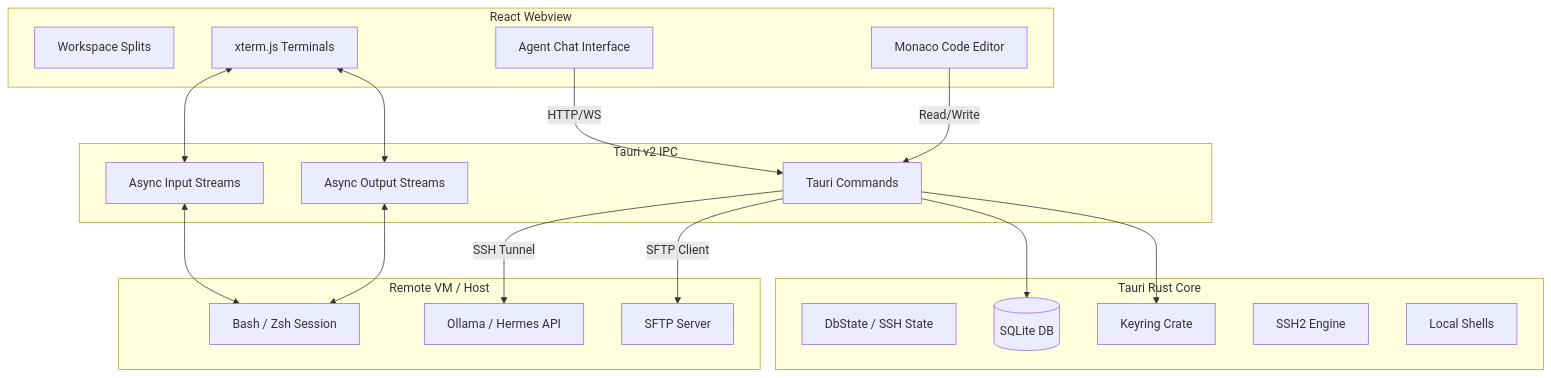
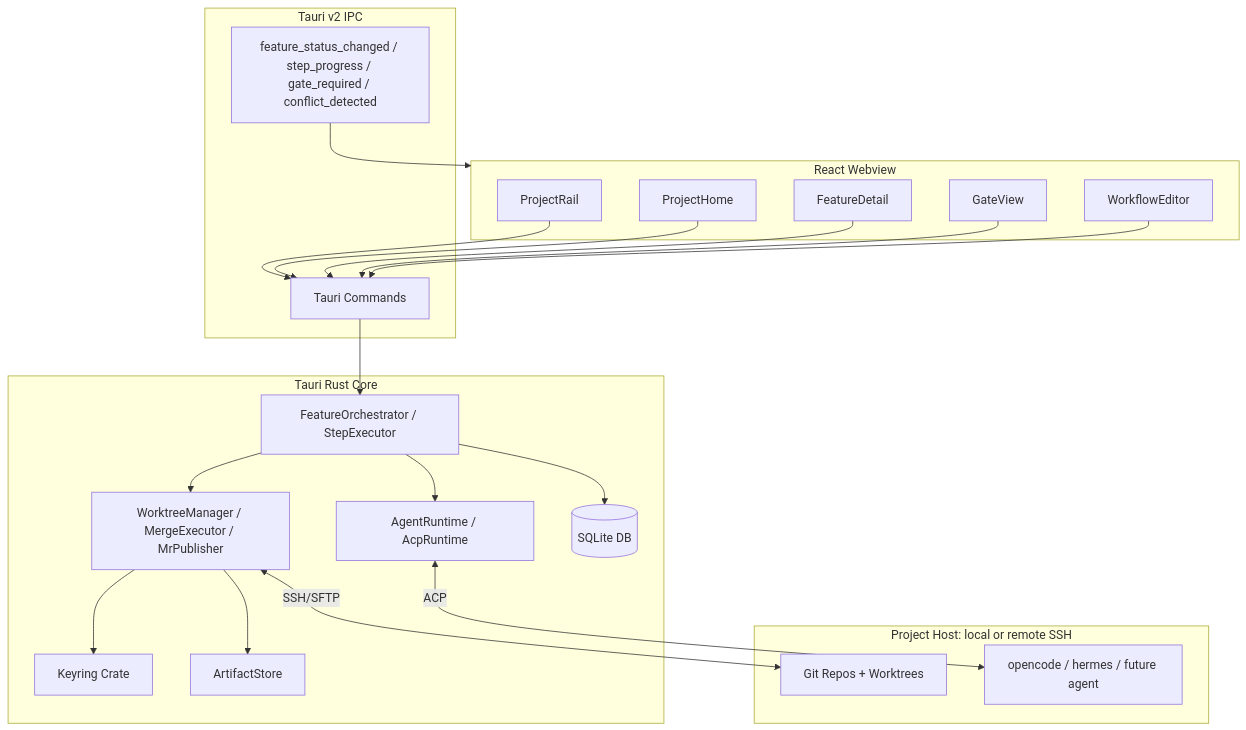
One commit to stevenyepes/demeteo changed the diagram in AGENTS.md. Above: the diagram before and after it, drawn with Mermaid. The commit also changed other lines of this file, not shown here.

````diff
--- a/AGENTS.md
+++ b/AGENTS.md
@@ -39,34 +59,41 @@
 ```mermaid
 graph TD
     subgraph Frontend [React Webview]
-        UI[Workspace Splits]
-        Term[xterm.js Terminals]
-        Edit[Monaco Code Editor]
-        Chat[Agent Chat Interface]
+        Rail[ProjectRail]
+        Home[ProjectHome]
+        Detail[FeatureDetail]
+        Gate[GateView]
+        Editor[WorkflowEditor]
     end
 
     subgraph IPC [Tauri v2 IPC]
-        ChIn[Async Input Streams]
-        ChOut[Async Output Streams]
         Cmds[Tauri Commands]
+        Evts[feature_status_changed / step_progress / gate_required / conflict_detected]
     end
 
     subgraph Backend [Tauri Rust Core]
-        State[DbState / SSH State]
+        Orch[FeatureOrchestrator / StepExecutor]
+        WT[WorktreeManager / MergeExecutor / MrPublisher]
+        AR[AgentRuntime / AcpRuntime]
         DB[(SQLite DB)]
         Keys[Keyring Crate]
-        SSH[SSH2 Engine]
-        PTY[Local Shells]
+        AS[ArtifactStore]
     end
 
-    subgraph Remotes [Remote VM / Host]
-        Shell[Bash / Zsh Session]
-        Agent[Ollama / Hermes API]
-        SFTP[SFTP Server]
+    subgraph Project [Project Host: local or remote SSH]
+        Repo[Git Repos + Worktrees]
+        Agent[opencode / hermes / future agent]
     end
 
-    Term <--> ChIn & ChOut <--> Shell
-    Chat -- HTTP/WS --> Cmds -- SSH Tunnel --> Agent
-    Edit -- Read/Write --> Cmds -- SFTP Client --> SFTP
-    Cmds --> DB & Keys
+    Rail & Home --> Cmds
+    Detail & Gate & Editor --> Cmds
+    Cmds --> Orch
+    Orch --> WT
+    Orch --> AR
+    WT --> AS
+    AR <-->|ACP| Agent
+    WT <-->|SSH/SFTP| Repo
+    Orch --> DB
+    WT --> Keys
+    Evts --> Frontend
 ```
````
